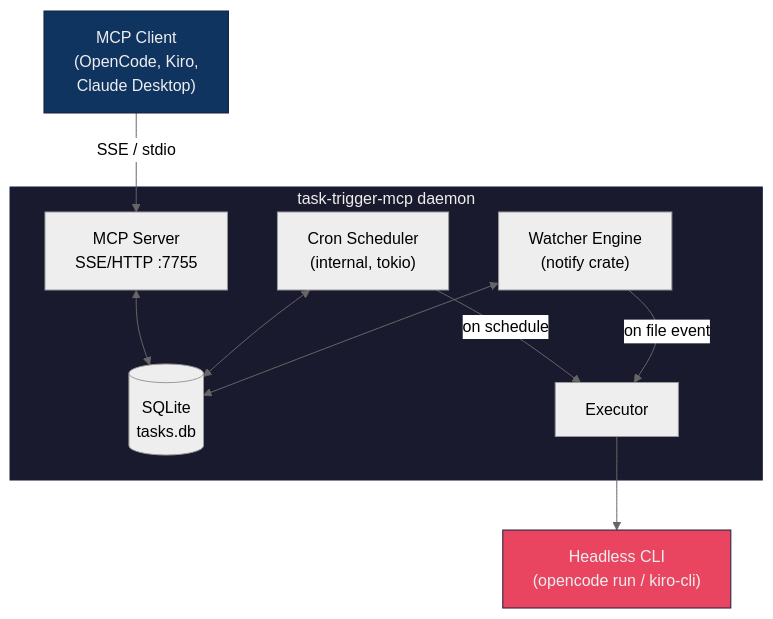
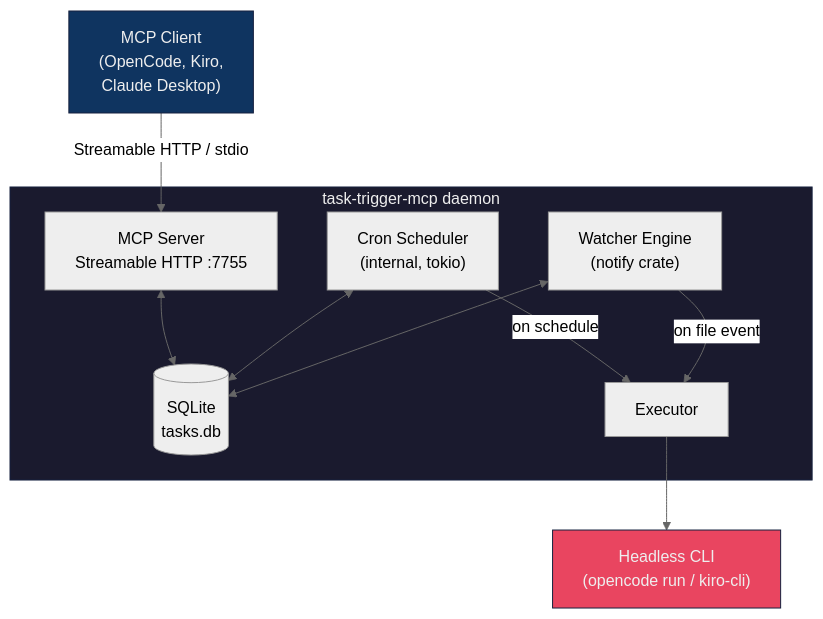
One commit to JheisonMB/task-trigger-mcp changed the diagram in README.md. Above: the diagram before and after it, drawn with Mermaid (neutral theme). The commit also changed other lines of this file and 1 other file, not shown here.

````diff
--- a/README.md
+++ b/README.md
@@ -11,22 +11,22 @@
 ```mermaid
 graph TB
     subgraph daemon["task-trigger-mcp daemon"]
-        MCP["MCP Server<br/>SSE/HTTP :7755"]
+        MCP["MCP Server<br/>Streamable HTTP :7755"]
         SCHED["Cron Scheduler<br/>(internal, tokio)"]
         WE["Watcher Engine<br/>(notify crate)"]
         DB[(SQLite<br/>tasks.db)]
         MCP <--> DB
         SCHED <--> DB
         WE <--> DB
         SCHED -- "on schedule" --> EXEC
         WE -- "on file event" --> EXEC
         EXEC["Executor"]
     end
 
-    Agent["MCP Client<br/>(OpenCode, Kiro,<br/>Claude Desktop)"] -- "SSE / stdio" --> MCP
+    Agent["MCP Client<br/>(OpenCode, Kiro,<br/>Claude Desktop)"] -- "Streamable HTTP / stdio" --> MCP
     EXEC --> CLI["Headless CLI<br/>(opencode run / kiro-cli)"]
 
     style daemon fill:#1a1a2e,stroke:#16213e,color:#eee
     style Agent fill:#0f3460,stroke:#16213e,color:#eee
     style CLI fill:#e94560,stroke:#16213e,color:#eee
 ```
````
